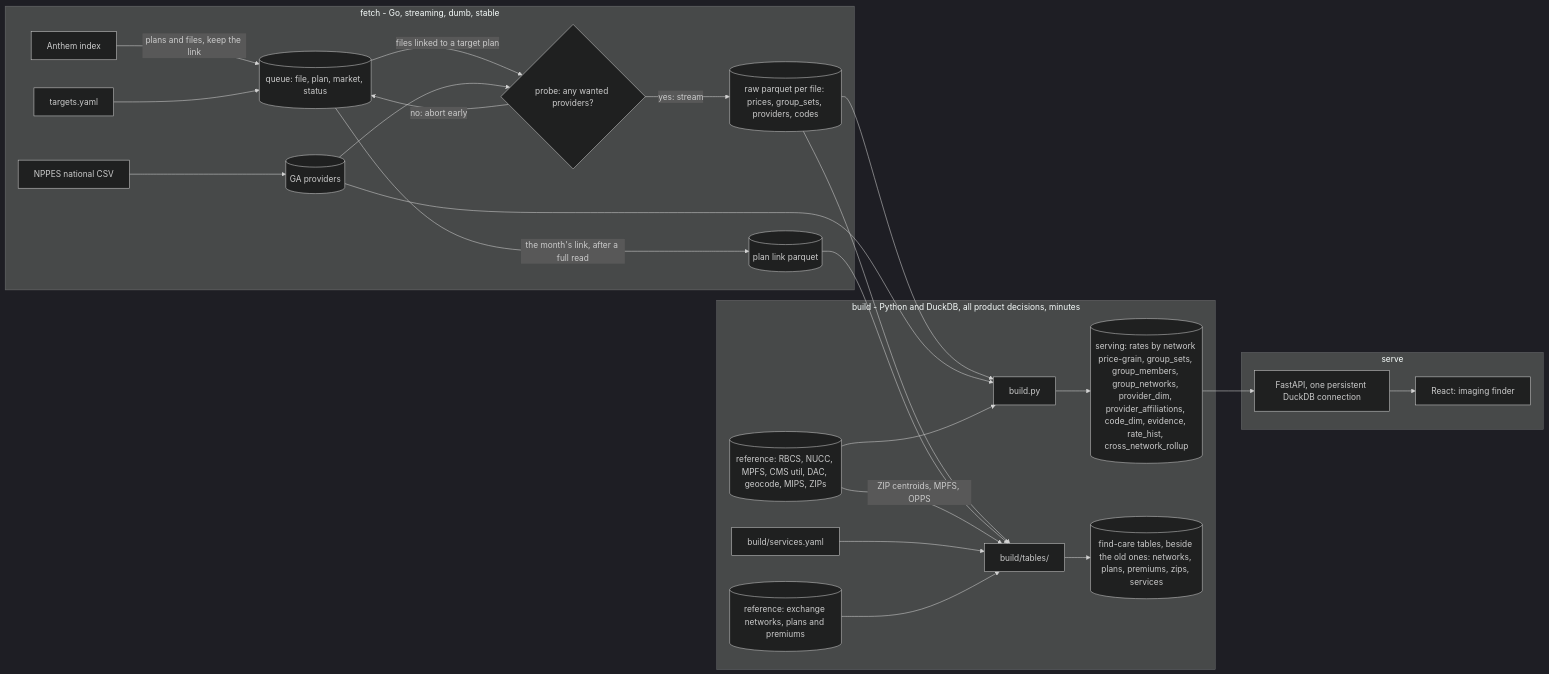
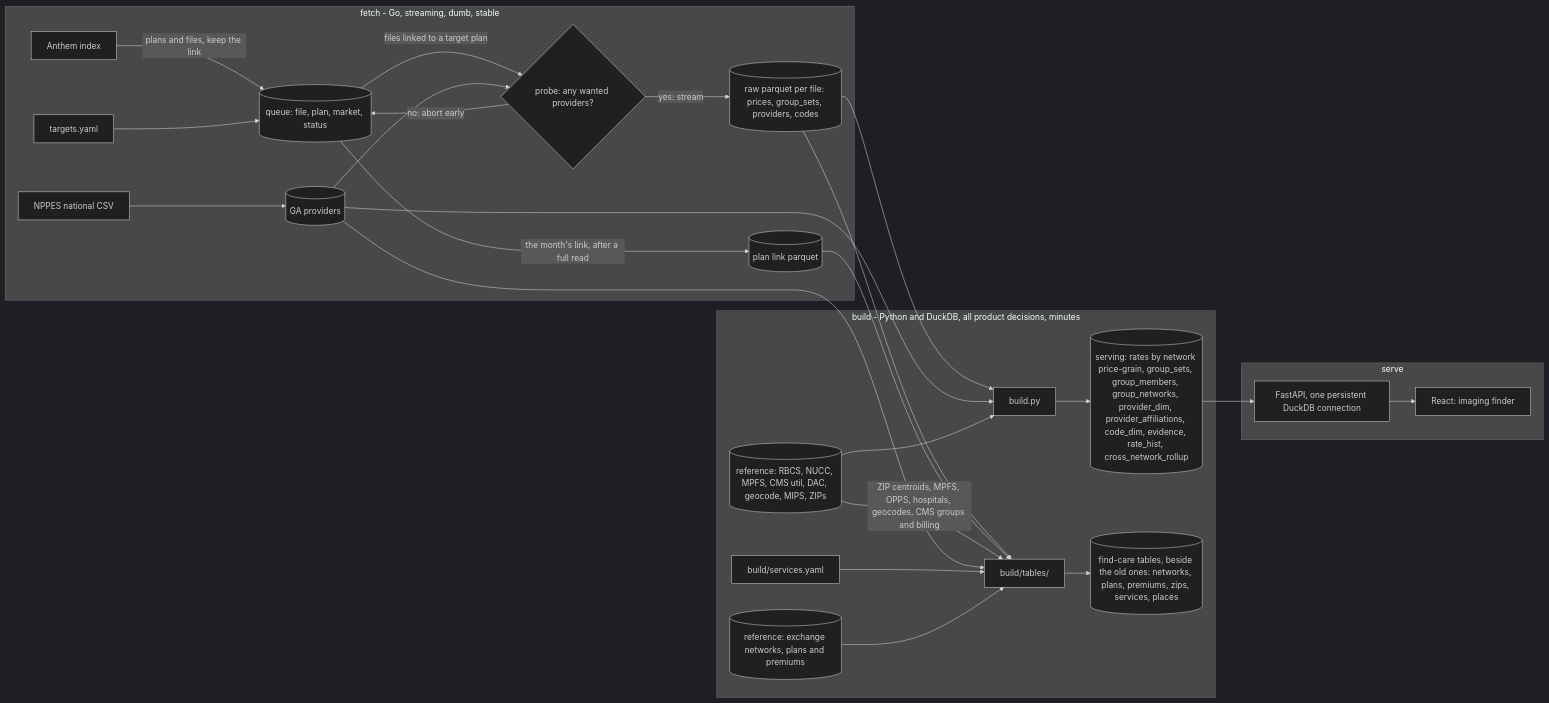
Before and after one commit to wmespi/honest-healthcare: the first of 3 diagrams in docs/architecture.md, drawn with Mermaid (dark theme). The commit also changed 18 other files, not shown here.

First line of the commit message:
feat(build): the find-care places table, with who prices a scan where (#135) (#159)

````diff
--- a/docs/architecture.md
+++ b/docs/architecture.md
@@ -33,29 +33,30 @@
 ```mermaid
 flowchart LR
   subgraph fetch [fetch - Go, streaming, dumb, stable]
     IDX[Anthem index] -->|"plans and files, keep the link"| Q[(queue: file, plan, market, status)]
     Q -->|"the month's link, after a full read"| LINK[(plan link parquet)]
     TGT[targets.yaml] --> Q
     Q -->|"files linked to a target plan"| PROBE{"probe: any wanted providers?"}
     PROBE -->|"no: abort early"| Q
     PROBE -->|"yes: stream"| RAW[(raw parquet per file: prices, group_sets, providers, codes)]
     NPPES[NPPES national CSV] --> GA[(GA providers)]
     GA --> PROBE
   end
   subgraph build [build - Python and DuckDB, all product decisions, minutes]
     RAW --> B[build.py]
     GA --> B
     REF[(reference: RBCS, NUCC, MPFS, CMS util, DAC, geocode, MIPS, ZIPs)] --> B
     B --> SRV[(serving: rates by network price-grain, group_sets, group_members, group_networks, provider_dim, provider_affiliations, code_dim, evidence, rate_hist, cross_network_rollup)]
     RAW --> FC["build/tables/"]
     LINK --> FC
-    REF -->|"ZIP centroids, MPFS, OPPS"| FC
+    REF -->|"ZIP centroids, MPFS, OPPS, hospitals, geocodes, CMS groups and billing"| FC
+    GA --> FC
     SVC[build/services.yaml] --> FC
     XNET[(reference: exchange networks, plans and premiums)] --> FC
-    FC --> FCT[("find-care tables, beside the old ones: networks, plans, premiums, zips, services")]
+    FC --> FCT[("find-care tables, beside the old ones: networks, plans, premiums, zips, services, places")]
   end
   subgraph serve [serve]
     SRV --> API[FastAPI, one persistent DuckDB connection]
     API --> WEB[React: imaging finder]
   end
 ```
````
